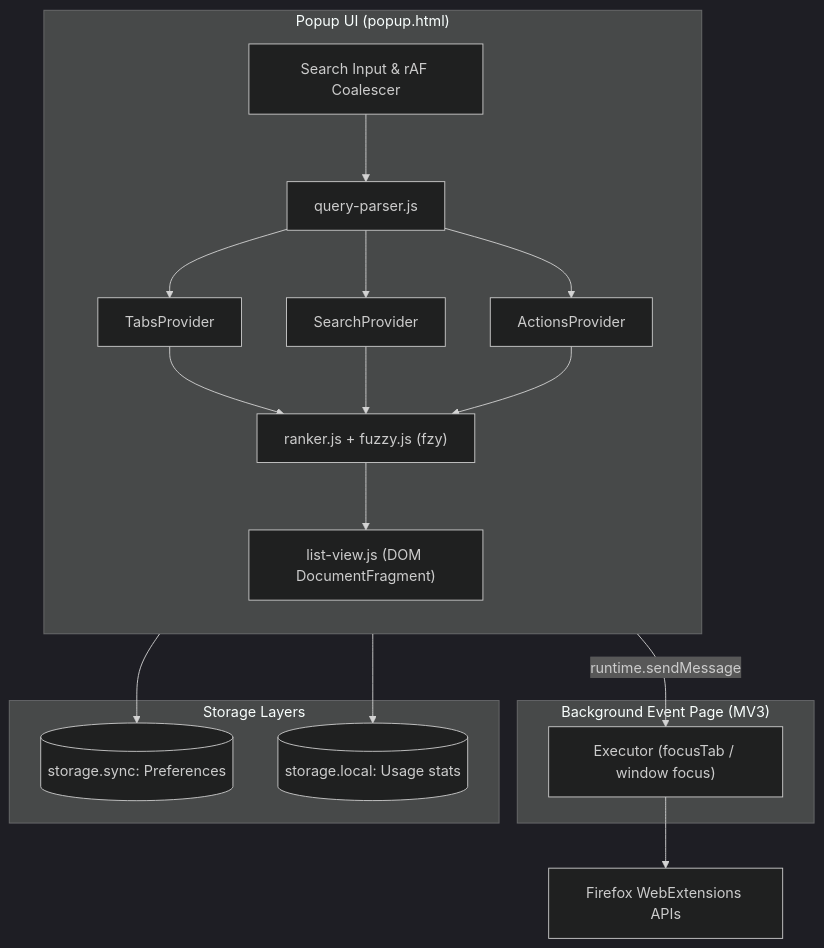
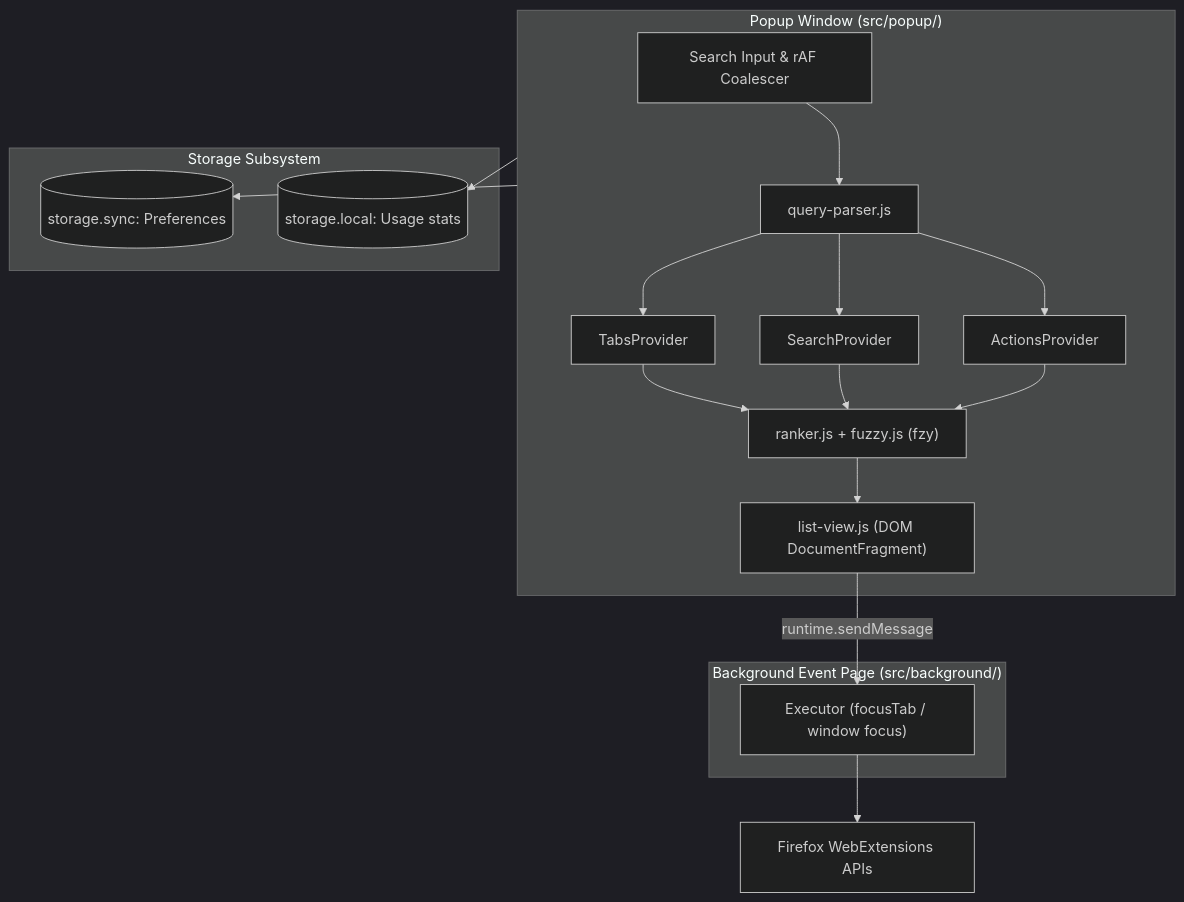
The diagram in README.md (Tederby/Konsult), drawn with Mermaid (dark theme) before and after one commit. The commit also changed other lines of this file, not shown here.

````diff
--- a/README.md
+++ b/README.md
@@ -87,26 +147,25 @@
 ```mermaid
 flowchart TD
-  subgraph UI["Popup UI (popup.html)"]
-    direction TB
+  subgraph UI["Popup Window (src/popup/)"]
     INPUT["Search Input & rAF Coalescer"] --> PARSER["query-parser.js"]
     PARSER --> TABS_P["TabsProvider"]
     PARSER --> SEARCH_P["SearchProvider"]
     PARSER --> ACTIONS_P["ActionsProvider"]
     TABS_P & SEARCH_P & ACTIONS_P --> RANKER["ranker.js + fuzzy.js (fzy)"]
     RANKER --> LIST["list-view.js (DOM DocumentFragment)"]
   end
 
-  subgraph BG["Background Event Page (MV3)"]
+  subgraph BG["Background Event Page (src/background/)"]
     EXEC["Executor (focusTab / window focus)"]
   end
 
-  subgraph STORAGE["Storage Layers"]
+  subgraph STORAGE["Storage Subsystem"]
     SYNC[("storage.sync: Preferences")]
     LOCAL[("storage.local: Usage stats")]
   end
 
   LIST -- "runtime.sendMessage" --> EXEC
   UI --> SYNC
   UI --> LOCAL
   EXEC --> FX["Firefox WebExtensions APIs"]
 ```
````
